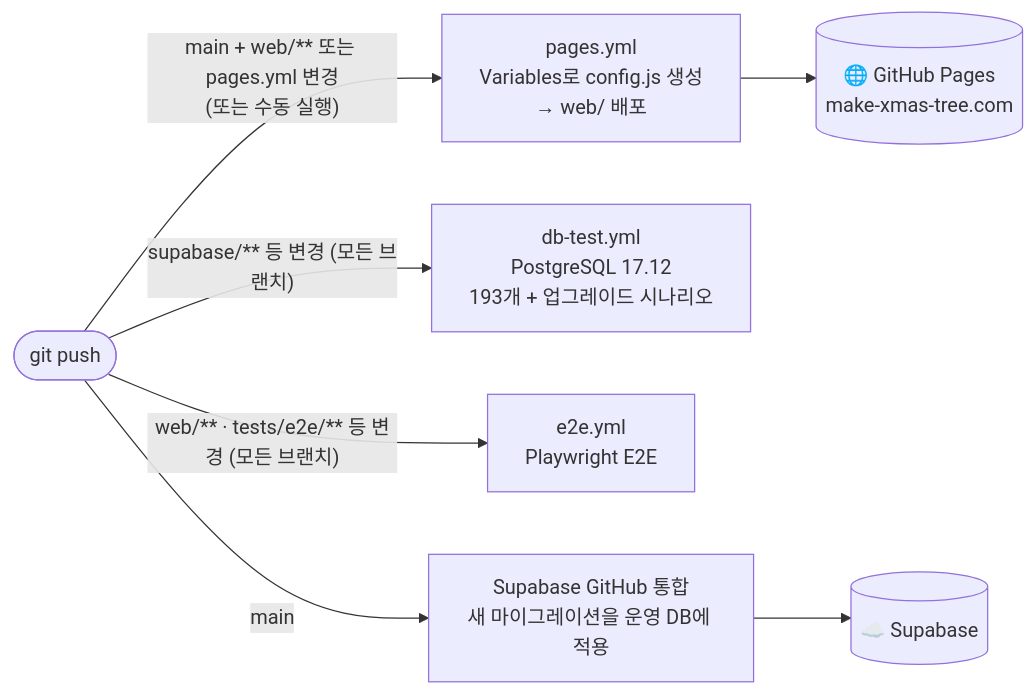
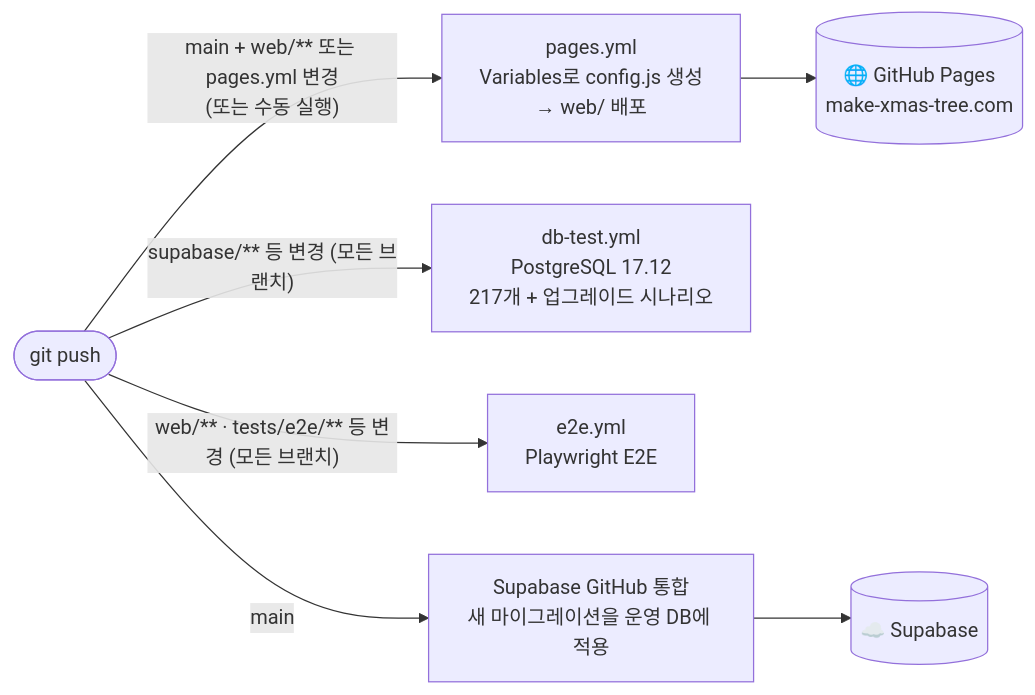
One commit to dae-won-kim/code-christmas-tree changed the fourth of 4 diagrams in README.md. Above: the diagram before and after it, drawn with Mermaid. The commit also changed other lines of this file and 7 other files, not shown here.

````diff
--- a/README.md
+++ b/README.md
@@ -358,9 +365,9 @@
 ```mermaid
 flowchart LR
   PUSH(["git push"]) -->|"main + web/** 또는 pages.yml 변경<br/>(또는 수동 실행)"| PG["pages.yml<br/>Variables로 config.js 생성<br/>→ web/ 배포"]
-  PUSH -->|"supabase/** 등 변경 (모든 브랜치)"| DBT["db-test.yml<br/>PostgreSQL 17.12<br/>193개 + 업그레이드 시나리오"]
+  PUSH -->|"supabase/** 등 변경 (모든 브랜치)"| DBT["db-test.yml<br/>PostgreSQL 17.12<br/>217개 + 업그레이드 시나리오"]
   PUSH -->|"web/** · tests/e2e/** 등 변경 (모든 브랜치)"| E2E["e2e.yml<br/>Playwright E2E"]
   PUSH -->|"main"| SUP["Supabase GitHub 통합<br/>새 마이그레이션을 운영 DB에 적용"]
   PG --> SITE[("🌐 GitHub Pages<br/>make-xmas-tree.com")]
   SUP --> PROD[("☁️ Supabase")]
 ```
````
